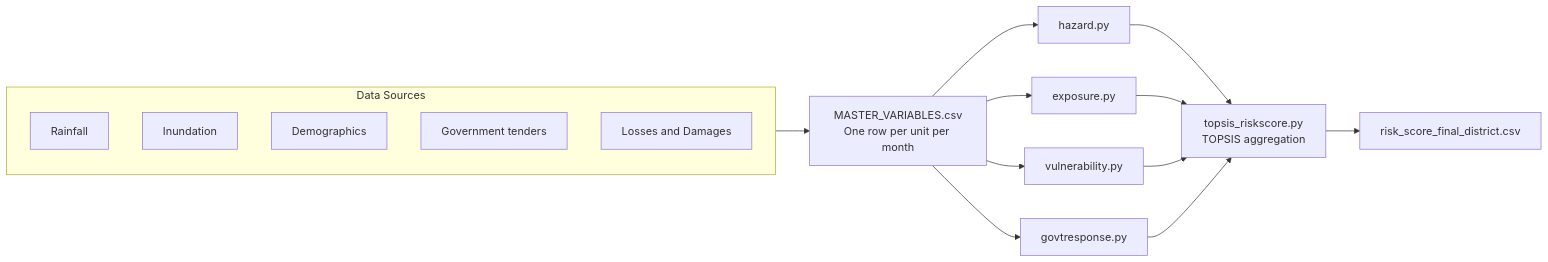
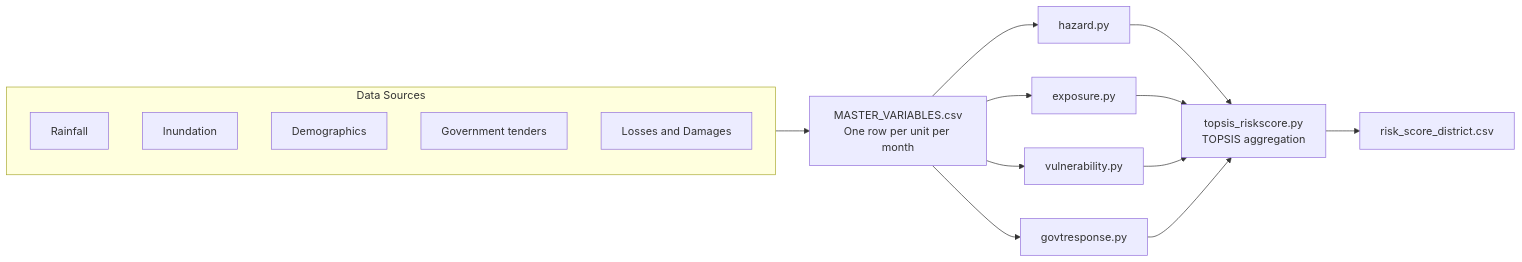
The diagram in README.md (CivicDataLab/risk-score-model-generic), drawn with Mermaid before and after one commit. The commit also changed other lines of this file and 4 other files, not shown here.

````diff
--- a/README.md
+++ b/README.md
@@ -57,24 +66,24 @@
 ```mermaid
 flowchart LR
     subgraph DataLayer [Data Sources]
         S1[Rainfall]
         S2[Inundation]
         S3[Demographics]
         S4[Government tenders]
         S5[Losses and Damages]
     end
 
     DataLayer --> M[MASTER_VARIABLES.csv<br/>One row per unit per month]
 
     M --> H[hazard.py]
     M --> E[exposure.py]
     M --> V[vulnerability.py]
     M --> G[govtresponse.py]
 
     H --> T[topsis_riskscore.py<br/>TOPSIS aggregation]
     E --> T
     V --> T
     G --> T
 
-    T --> O[risk_score_final_district.csv]
+    T --> O[risk_score_district.csv]
 ```
````
